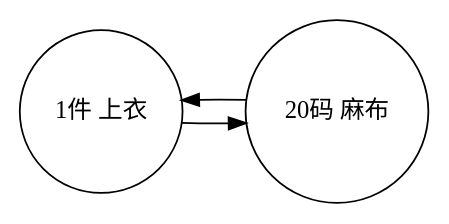
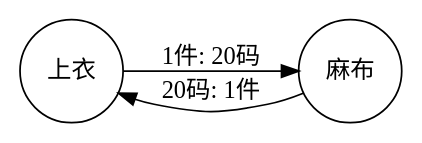
One commit to Wangsutan/Kapital changed the diagram in 资本的生产过程/价值形式理论/价值形式/graphs_generated/simple_complete.dot. Above: the diagram before and after it, drawn with Graphviz. The commit also changed 34 other files, not shown here.

Commit message:
检查图的性质

```diff
--- a/资本的生产过程/价值形式理论/价值形式/graphs_generated/simple_complete.dot
+++ b/资本的生产过程/价值形式理论/价值形式/graphs_generated/simple_complete.dot
@@ -1,6 +1,6 @@
 digraph 价值形式理论 {
     rankdir=LR;
     node [shape=circle];
-    "1件 上衣" -> "20码 麻布";
-    "20码 麻布" -> "1件 上衣";
+    "上衣" -> "麻布" [label="1件: 20码"];
+    "麻布" -> "上衣" [label="20码: 1件"];
 }
```
